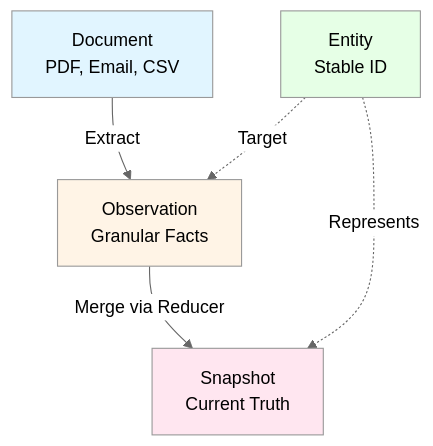
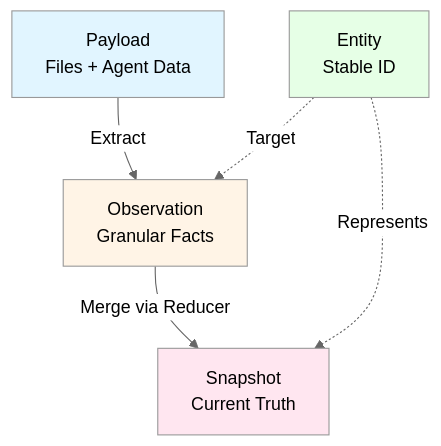
The first of 2 diagrams in docs/subsystems/observation_architecture.md (markmhendrickson/neotoma), drawn with Mermaid before and after one commit. The commit also changed other lines of this file and 417 other files, not shown here.

First line of the commit message:
feat: payload ingestion and observation hardening

````diff
--- a/docs/subsystems/observation_architecture.md
+++ b/docs/subsystems/observation_architecture.md
@@ -50,18 +50,18 @@
 ```mermaid
 %%{init: {'theme':'neutral'}}%%
 flowchart TD
-    Document[Document<br/>PDF, Email, CSV]
+    Payload[Payload<br/>Files + Agent Data]
     Observation[Observation<br/>Granular Facts]
     Entity[Entity<br/>Stable ID]
     Snapshot[Snapshot<br/>Current Truth]
 
-    Document -->|Extract| Observation
+    Payload -->|Extract| Observation
     Observation -->|Merge via Reducer| Snapshot
     Entity -.->|Target| Observation
     Entity -.->|Represents| Snapshot
 
-    style Document fill:#e1f5ff
+    style Payload fill:#e1f5ff
     style Observation fill:#fff4e6
     style Entity fill:#e6ffe6
     style Snapshot fill:#ffe6f0
 ```
````
